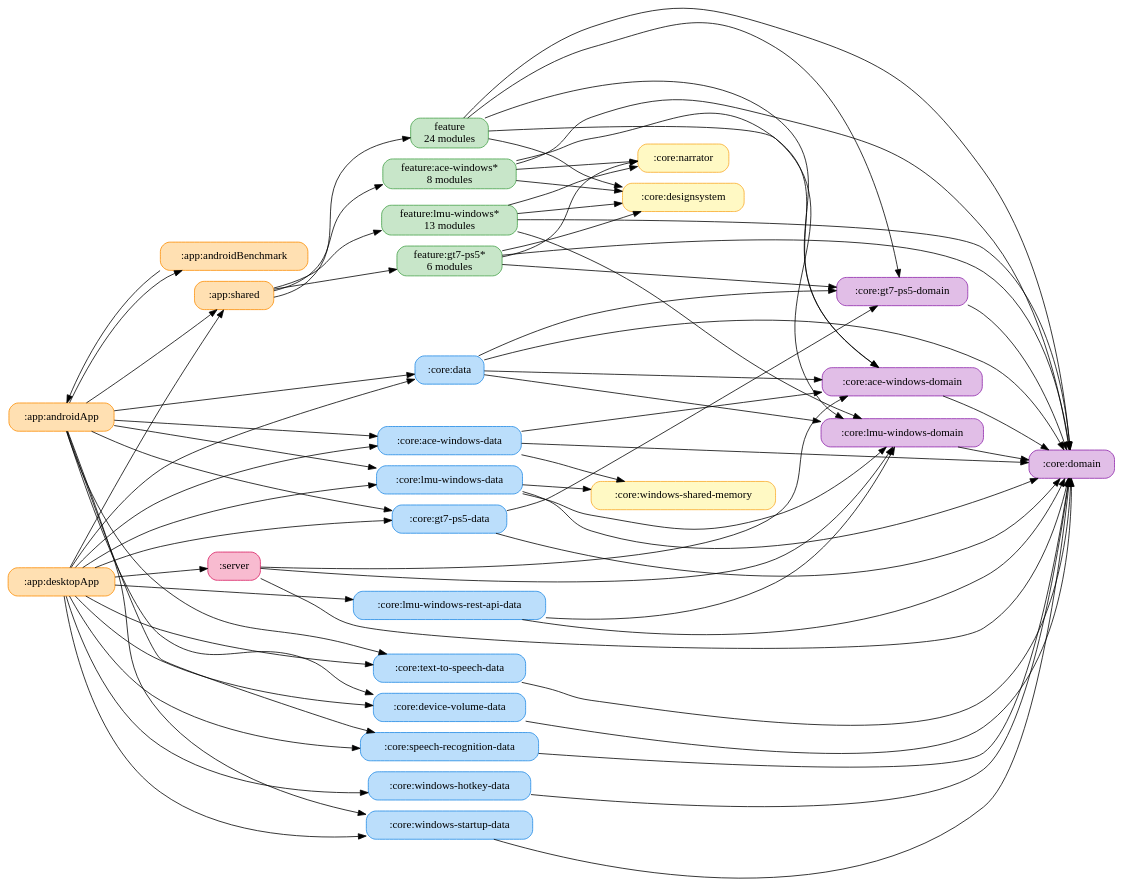
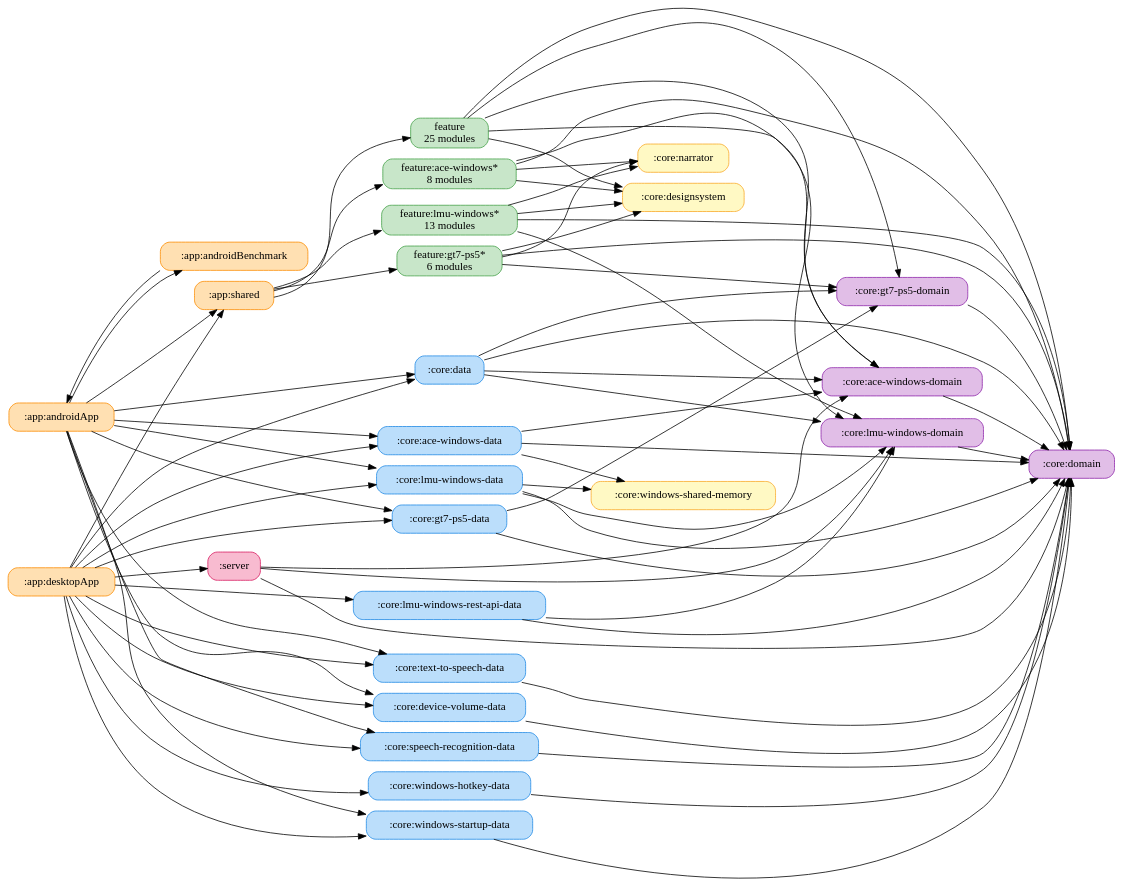
Before and after one commit to ai-kurou/KoDriver: the diagram in docs/graphs/full-graph.gv, drawn with Graphviz. The commit also changed 64 other files, not shown here.

```diff
--- a/docs/graphs/full-graph.gv
+++ b/docs/graphs/full-graph.gv
@@ -1,113 +1,113 @@
 digraph G {
   rankdir=LR
   size="1000,16.666667!"
   graph [ranksep=0.8, nodesep=0.2]
   node [shape=box, style="rounded,filled"]
   ":app:androidApp" [label=":app:androidApp", fillcolor="#FFE0B2", color="#FB8C00"]
   ":app:androidBenchmark" [label=":app:androidBenchmark", fillcolor="#FFE0B2", color="#FB8C00"]
   ":app:desktopApp" [label=":app:desktopApp", fillcolor="#FFE0B2", color="#FB8C00"]
   ":app:shared" [label=":app:shared", fillcolor="#FFE0B2", color="#FB8C00"]
   ":core:ace-windows-data" [label=":core:ace-windows-data", fillcolor="#BBDEFB", color="#1E88E5"]
   ":core:ace-windows-domain" [label=":core:ace-windows-domain", fillcolor="#E1BEE7", color="#8E24AA"]
   ":core:data" [label=":core:data", fillcolor="#BBDEFB", color="#1E88E5"]
   ":core:designsystem" [label=":core:designsystem", fillcolor="#FFF9C4", color="#F9A825"]
   ":core:device-volume-data" [label=":core:device-volume-data", fillcolor="#BBDEFB", color="#1E88E5"]
   ":core:domain" [label=":core:domain", fillcolor="#E1BEE7", color="#8E24AA"]
   ":core:gt7-ps5-data" [label=":core:gt7-ps5-data", fillcolor="#BBDEFB", color="#1E88E5"]
   ":core:gt7-ps5-domain" [label=":core:gt7-ps5-domain", fillcolor="#E1BEE7", color="#8E24AA"]
   ":core:lmu-windows-data" [label=":core:lmu-windows-data", fillcolor="#BBDEFB", color="#1E88E5"]
   ":core:lmu-windows-domain" [label=":core:lmu-windows-domain", fillcolor="#E1BEE7", color="#8E24AA"]
   ":core:lmu-windows-rest-api-data" [label=":core:lmu-windows-rest-api-data", fillcolor="#BBDEFB", color="#1E88E5"]
   ":core:narrator" [label=":core:narrator", fillcolor="#FFF9C4", color="#F9A825"]
   ":core:speech-recognition-data" [label=":core:speech-recognition-data", fillcolor="#BBDEFB", color="#1E88E5"]
   ":core:text-to-speech-data" [label=":core:text-to-speech-data", fillcolor="#BBDEFB", color="#1E88E5"]
   ":core:windows-hotkey-data" [label=":core:windows-hotkey-data", fillcolor="#BBDEFB", color="#1E88E5"]
   ":core:windows-shared-memory" [label=":core:windows-shared-memory", fillcolor="#FFF9C4", color="#F9A825"]
   ":core:windows-startup-data" [label=":core:windows-startup-data", fillcolor="#BBDEFB", color="#1E88E5"]
   ":server" [label=":server", fillcolor="#F8BBD0", color="#D81B60"]
-  "feature" [label="feature\n24 modules", fillcolor="#C8E6C9", color="#43A047"]
+  "feature" [label="feature\n25 modules", fillcolor="#C8E6C9", color="#43A047"]
   "feature:ace-windows*" [label="feature:ace-windows*\n8 modules", fillcolor="#C8E6C9", color="#43A047"]
   "feature:gt7-ps5*" [label="feature:gt7-ps5*\n6 modules", fillcolor="#C8E6C9", color="#43A047"]
   "feature:lmu-windows*" [label="feature:lmu-windows*\n13 modules", fillcolor="#C8E6C9", color="#43A047"]
   ":app:androidApp" -> ":app:androidBenchmark"
   ":app:androidApp" -> ":app:shared"
   ":app:androidApp" -> ":core:ace-windows-data"
   ":app:androidApp" -> ":core:data"
   ":app:androidApp" -> ":core:device-volume-data"
   ":app:androidApp" -> ":core:gt7-ps5-data"
   ":app:androidApp" -> ":core:lmu-windows-data"
   ":app:androidApp" -> ":core:speech-recognition-data"
   ":app:androidApp" -> ":core:text-to-speech-data"
   ":app:androidApp" -> ":core:windows-startup-data"
   ":app:androidBenchmark" -> ":app:androidApp"
   ":app:desktopApp" -> ":app:shared"
   ":app:desktopApp" -> ":core:ace-windows-data"
   ":app:desktopApp" -> ":core:data"
   ":app:desktopApp" -> ":core:device-volume-data"
   ":app:desktopApp" -> ":core:gt7-ps5-data"
   ":app:desktopApp" -> ":core:lmu-windows-data"
   ":app:desktopApp" -> ":core:lmu-windows-rest-api-data"
   ":app:desktopApp" -> ":core:speech-recognition-data"
   ":app:desktopApp" -> ":core:text-to-speech-data"
   ":app:desktopApp" -> ":core:windows-hotkey-data"
   ":app:desktopApp" -> ":core:windows-startup-data"
   ":app:desktopApp" -> ":server"
   ":app:shared" -> "feature"
   ":app:shared" -> "feature:ace-windows*"
   ":app:shared" -> "feature:gt7-ps5*"
   ":app:shared" -> "feature:lmu-windows*"
   ":core:ace-windows-data" -> ":core:ace-windows-domain"
   ":core:ace-windows-data" -> ":core:domain"
   ":core:ace-windows-data" -> ":core:windows-shared-memory"
   ":core:ace-windows-domain" -> ":core:domain"
   ":core:data" -> ":core:ace-windows-domain"
   ":core:data" -> ":core:domain"
   ":core:data" -> ":core:gt7-ps5-domain"
   ":core:data" -> ":core:lmu-windows-domain"
   ":core:device-volume-data" -> ":core:domain"
   ":core:gt7-ps5-data" -> ":core:domain"
   ":core:gt7-ps5-data" -> ":core:gt7-ps5-domain"
   ":core:gt7-ps5-domain" -> ":core:domain"
   ":core:lmu-windows-data" -> ":core:domain"
   ":core:lmu-windows-data" -> ":core:lmu-windows-domain"
   ":core:lmu-windows-data" -> ":core:windows-shared-memory"
   ":core:lmu-windows-domain" -> ":core:domain"
   ":core:lmu-windows-rest-api-data" -> ":core:domain"
   ":core:lmu-windows-rest-api-data" -> ":core:lmu-windows-domain"
   ":core:speech-recognition-data" -> ":core:domain"
   ":core:text-to-speech-data" -> ":core:domain"
   ":core:windows-hotkey-data" -> ":core:domain"
   ":core:windows-startup-data" -> ":core:domain"
   ":server" -> ":core:ace-windows-domain"
   ":server" -> ":core:domain"
   ":server" -> ":core:lmu-windows-domain"
   "feature" -> ":core:ace-windows-domain"
   "feature" -> ":core:designsystem"
   "feature" -> ":core:domain"
   "feature" -> ":core:gt7-ps5-domain"
   "feature" -> ":core:lmu-windows-domain"
   "feature:ace-windows*" -> ":core:ace-windows-domain"
   "feature:ace-windows*" -> ":core:designsystem"
   "feature:ace-windows*" -> ":core:domain"
   "feature:ace-windows*" -> ":core:narrator"
   "feature:gt7-ps5*" -> ":core:designsystem"
   "feature:gt7-ps5*" -> ":core:domain"
   "feature:gt7-ps5*" -> ":core:gt7-ps5-domain"
   "feature:gt7-ps5*" -> ":core:narrator"
   "feature:lmu-windows*" -> ":core:designsystem"
   "feature:lmu-windows*" -> ":core:domain"
   "feature:lmu-windows*" -> ":core:lmu-windows-domain"
   "feature:lmu-windows*" -> ":core:narrator"
   { rank=same; ":app:androidApp"; ":app:desktopApp"; }
   { rank=same; ":app:shared"; ":server"; }
   { rank=same; "feature"; "feature:ace-windows*"; "feature:lmu-windows*"; "feature:gt7-ps5*"; ":core:data"; ":core:ace-windows-data"; ":core:lmu-windows-data"; ":core:gt7-ps5-data"; ":core:lmu-windows-rest-api-data"; ":core:text-to-speech-data"; ":core:device-volume-data"; ":core:speech-recognition-data"; ":core:windows-hotkey-data"; ":core:windows-startup-data"; }
   { rank=same; ":core:narrator"; ":core:designsystem"; ":core:windows-shared-memory"; }
   { rank=same; ":core:lmu-windows-domain"; ":core:ace-windows-domain"; ":core:gt7-ps5-domain"; }
   { rank=same; ":core:domain"; }
   ":app:androidApp" -> ":app:shared" [style=invis]
   ":app:shared" -> "feature" [style=invis]
   "feature" -> ":core:narrator" [style=invis]
   ":core:narrator" -> ":core:lmu-windows-domain" [style=invis]
   ":core:lmu-windows-domain" -> ":core:domain" [style=invis]
   "feature" -> "feature:ace-windows*" -> "feature:lmu-windows*" -> "feature:gt7-ps5*" -> ":core:data" -> ":core:ace-windows-data" -> ":core:lmu-windows-data" -> ":core:gt7-ps5-data" -> ":core:lmu-windows-rest-api-data" -> ":core:text-to-speech-data" -> ":core:device-volume-data" -> ":core:speech-recognition-data" -> ":core:windows-hotkey-data" -> ":core:windows-startup-data" [style=invis]
 }
```
